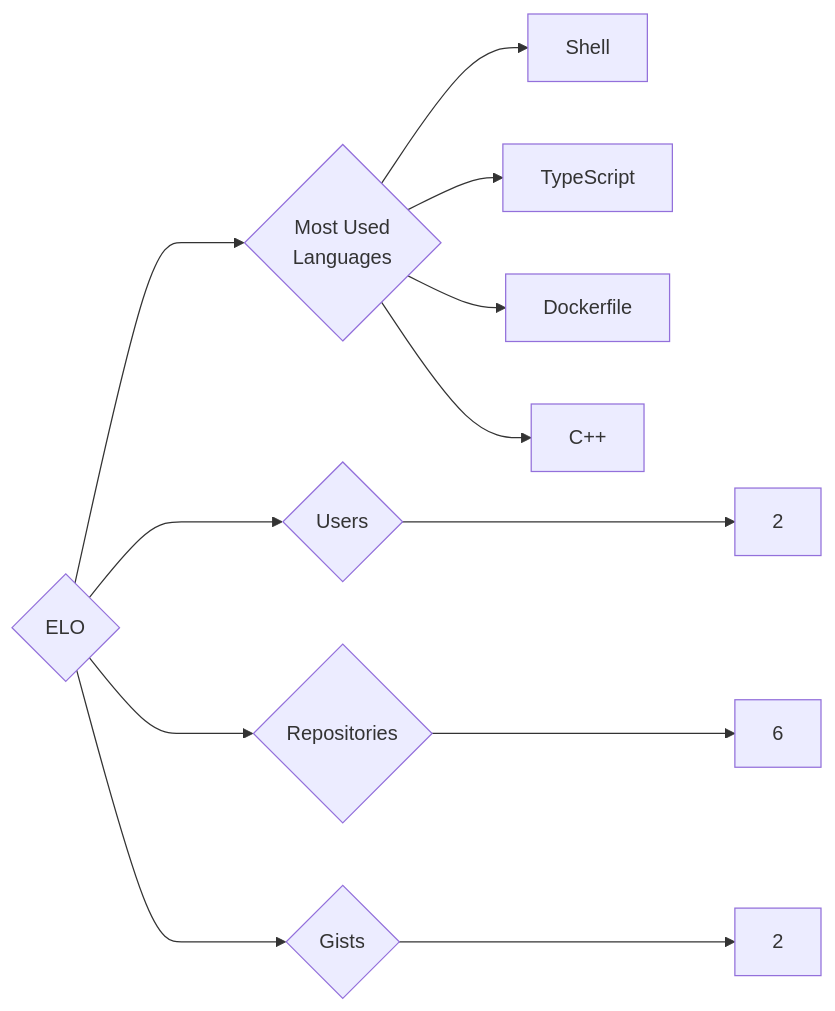
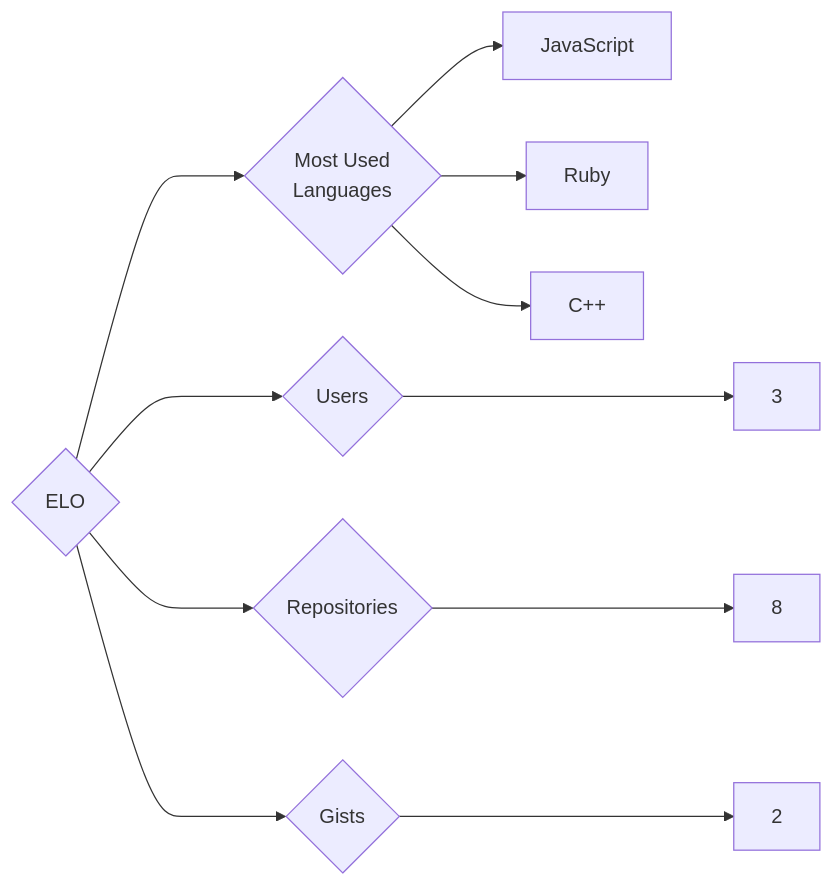
The diagram in targets/ELO/README.md (trickest/insiders), drawn with Mermaid before and after one commit. The commit also changed 1212 other files, not shown here.

````diff
--- a/targets/ELO/README.md
+++ b/targets/ELO/README.md
@@ -3,12 +3,11 @@
 ```mermaid
 graph LR
 COMPANY_NAME{ELO}
-COMPANY_NAME ---> U{Users} ---> UN[2]
-COMPANY_NAME ---> R{Repositories} ---> RN[6]
+COMPANY_NAME ---> U{Users} ---> UN[3]
+COMPANY_NAME ---> R{Repositories} ---> RN[8]
 COMPANY_NAME ---> G{Gists} ---> GN[2]
 COMPANY_NAME ---> ML{Most Used<br>Languages}
-ML --> Shell[Shell]
-ML --> TypeScript[TypeScript]
-ML --> Dockerfile[Dockerfile]
+ML --> JavaScript[JavaScript]
+ML --> Ruby[Ruby]
 ML --> C++[C++]
 ```
````
